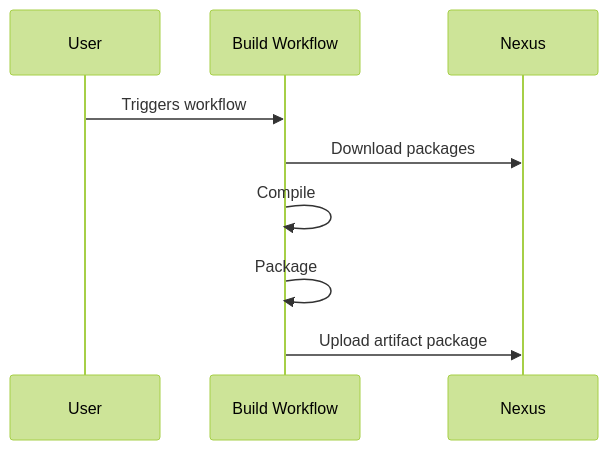
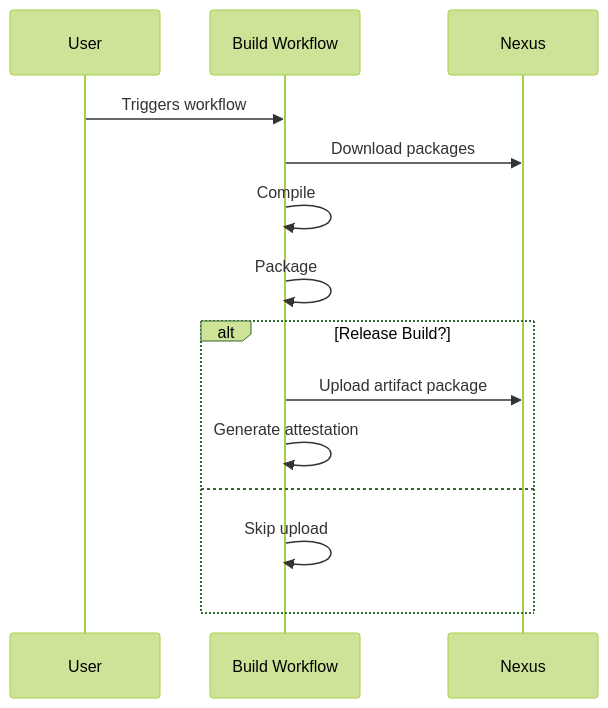
One commit to devarab1/Diagrams changed the first of 4 diagrams in README.md. Above: the diagram before and after it, drawn with Mermaid (forest theme).

````diff
--- a/README.md
+++ b/README.md
@@ -3,12 +3,17 @@
 ```mermaid
 sequenceDiagram
     participant User
     participant Build Workflow
     participant Nexus
 
     User->>Build Workflow: Triggers workflow
     Build Workflow->>Nexus: Download packages
     Build Workflow->>Build Workflow: Compile
     Build Workflow->>Build Workflow: Package
-    Build Workflow->>Nexus: Upload artifact package
+    alt Release Build?
+        Build Workflow->>Nexus: Upload artifact package
+        Build Workflow->>Build Workflow: Generate attestation
+    else
+        Build Workflow->>Build Workflow: Skip upload
+    end
 ```
````
